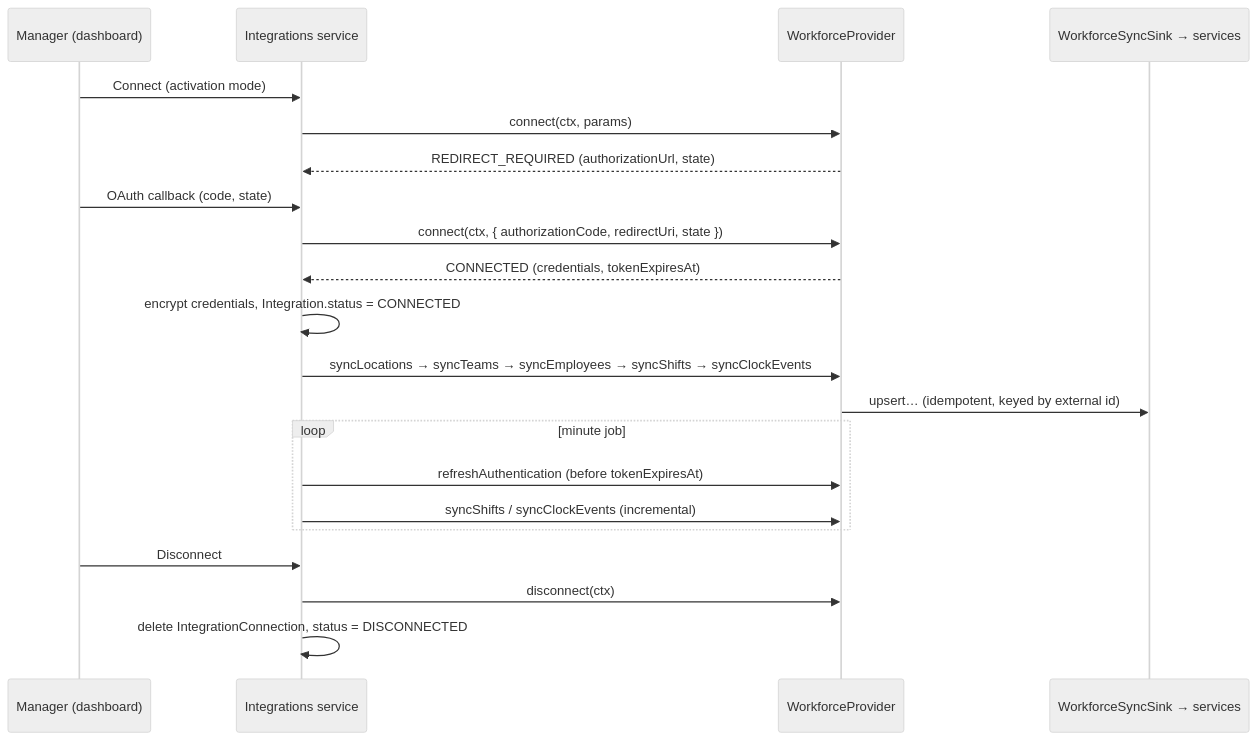
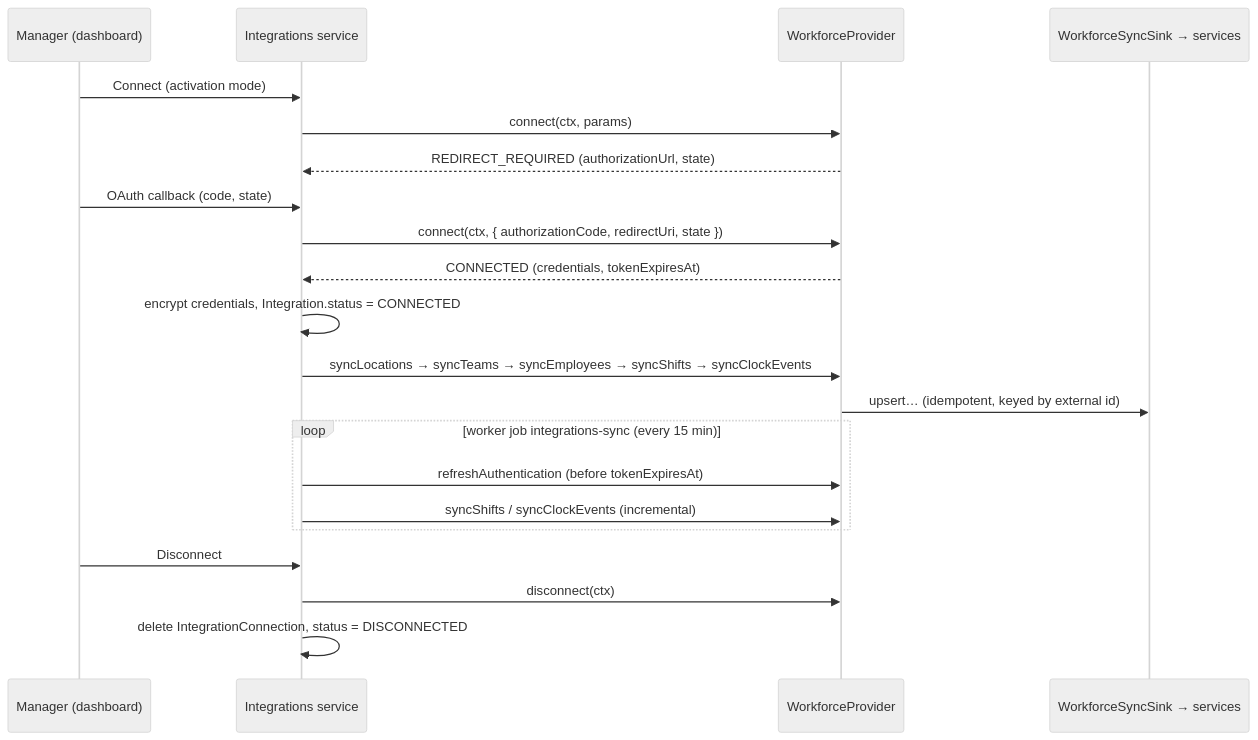
Before and after one commit to FrxshCutt/clockoff: the diagram in docs/INTEGRATIONS.md, drawn with Mermaid (neutral theme). The commit also changed other lines of this file and 19 other files, not shown here.

````diff
--- a/docs/INTEGRATIONS.md
+++ b/docs/INTEGRATIONS.md
@@ -98,23 +98,23 @@
 ```mermaid
 sequenceDiagram
   participant M as Manager (dashboard)
   participant API as Integrations service
   participant P as WorkforceProvider
   participant S as WorkforceSyncSink → services
   M->>API: Connect (activation mode)
   API->>P: connect(ctx, params)
   P-->>API: REDIRECT_REQUIRED (authorizationUrl, state)
   M->>API: OAuth callback (code, state)
   API->>P: connect(ctx, { authorizationCode, redirectUri, state })
   P-->>API: CONNECTED (credentials, tokenExpiresAt)
   API->>API: encrypt credentials, Integration.status = CONNECTED
   API->>P: syncLocations → syncTeams → syncEmployees → syncShifts → syncClockEvents
   P->>S: upsert… (idempotent, keyed by external id)
-  loop minute job
+  loop worker job integrations-sync (every 15 min)
     API->>P: refreshAuthentication (before tokenExpiresAt)
     API->>P: syncShifts / syncClockEvents (incremental)
   end
   M->>API: Disconnect
   API->>P: disconnect(ctx)
   API->>API: delete IntegrationConnection, status = DISCONNECTED
 ```
````
